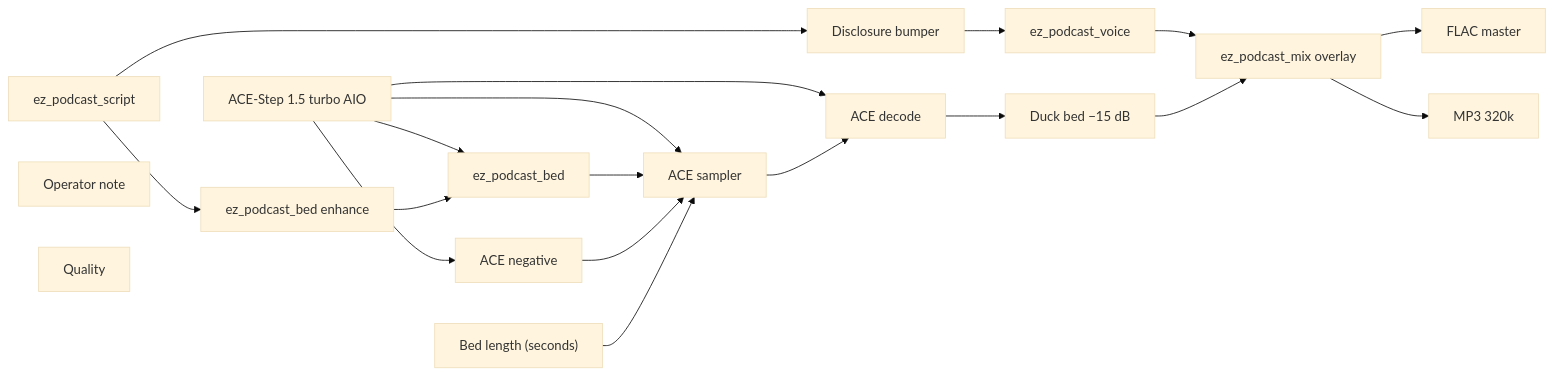
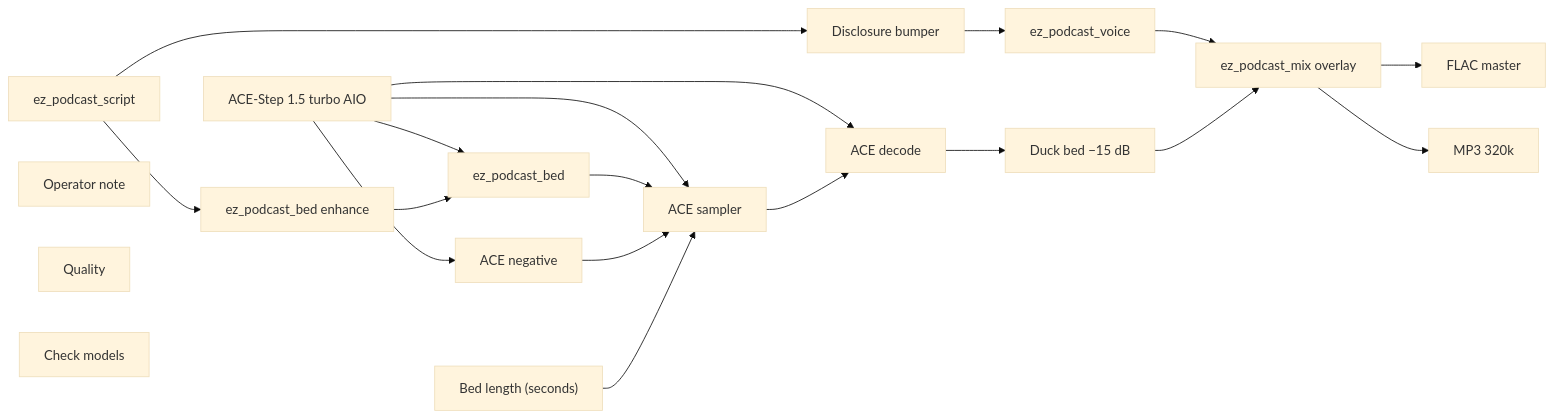
The diagram in docs/generated/workflows/audio/podcast/two-host-episode.md (toxicoder/ez-comfy-stack), drawn with Mermaid (base theme) before and after one commit. The commit also changed other lines of this file and 1106 other files, not shown here.

First line of the commit message:
feat: add Check models node to every lab App

````diff
--- a/docs/generated/workflows/audio/podcast/two-host-episode.md
+++ b/docs/generated/workflows/audio/podcast/two-host-episode.md
@@ -57,36 +57,37 @@
 ```mermaid
 flowchart LR
   N1["ACE-Step 1.5 turbo AIO"]
   N2["ez_podcast_script"]
   N3["Disclosure bumper"]
   N4["ez_podcast_voice"]
   N5["ez_podcast_bed"]
   N6["ACE negative"]
   N7["Bed length (seconds)"]
   N8["ACE sampler"]
   N9["ACE decode"]
   N10["Duck bed −15 dB"]
   N11["ez_podcast_mix overlay"]
   N12["FLAC master"]
   N13["MP3 320k"]
   N14["Operator note"]
   N15["ez_podcast_bed enhance"]
   N16["Quality"]
+  N17["Check models"]
   N1 --> N8
   N1 --> N5
   N1 --> N6
   N1 --> N9
   N2 --> N3
   N2 --> N15
   N3 --> N4
   N4 --> N11
   N5 --> N8
   N6 --> N8
   N7 --> N8
   N8 --> N9
   N9 --> N10
   N10 --> N11
   N11 --> N12
   N11 --> N13
   N15 --> N5
 ```
````
